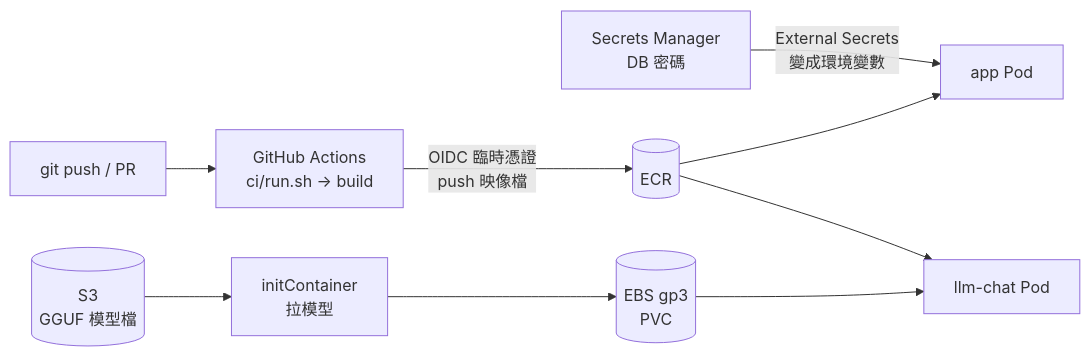
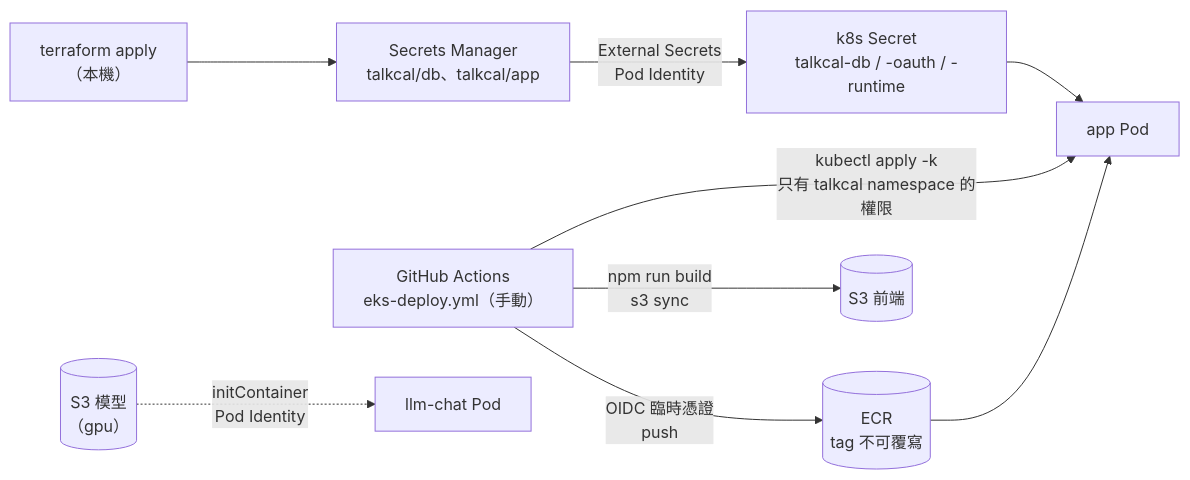
The second of 3 diagrams in infra/envs/2-eks/README.md (Anderson-chen/talkcal), drawn with Mermaid before and after one commit. The commit also changed other lines of this file and 1 other file, not shown here.

First line of the commit message:
[docs] 2-eks README：成本估算、首次部署、已知限制、靜態檢查結果（#58）

````diff
--- a/infra/envs/2-eks/README.md
+++ b/infra/envs/2-eks/README.md
@@ -25,11 +28,11 @@
 ```mermaid
 flowchart LR
-    sm["Secrets Manager<br/>DB 密碼"] -->|"External Secrets<br/>變成環境變數"| app["app Pod"]
-    dev["git push / PR"] --> gha["GitHub Actions<br/>ci/run.sh → build"]
-    gha -->|"OIDC 臨時憑證<br/>push 映像檔"| ecr[("ECR")]
+    tf["terraform apply<br/>（本機）"] --> sm["Secrets Manager<br/>talkcal/db、talkcal/app"]
+    sm -->|"External Secrets<br/>Pod Identity"| ks["k8s Secret<br/>talkcal-db / -oauth / -runtime"]
+    ks --> app["app Pod"]
+    gha["GitHub Actions<br/>eks-deploy.yml（手動）"] -->|"OIDC 臨時憑證<br/>push"| ecr[("ECR<br/>tag 不可覆寫")]
+    gha -->|"npm run build<br/>s3 sync"| s3web[("S3 前端")]
+    gha -->|"kubectl apply -k<br/>只有 talkcal namespace 的權限"| app
     ecr --> app
-    ecr --> llm["llm-chat Pod"]
-    s3m[("S3<br/>GGUF 模型檔")] --> init["initContainer<br/>拉模型"]
-    init --> ebs[("EBS gp3<br/>PVC")]
-    ebs --> llm
+    s3m[("S3 模型<br/>（gpu）")] -.->|"initContainer<br/>Pod Identity"| llm["llm-chat Pod"]
 ```
````
